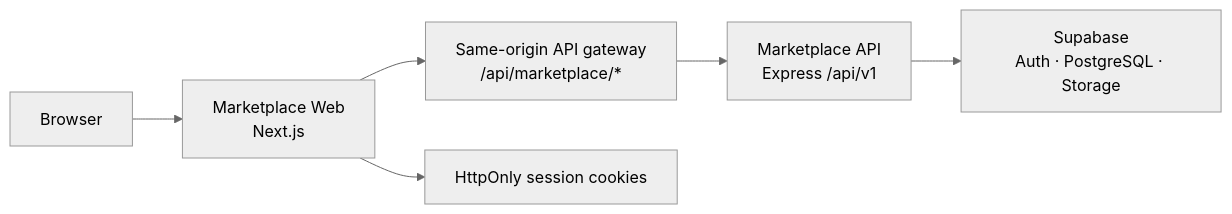
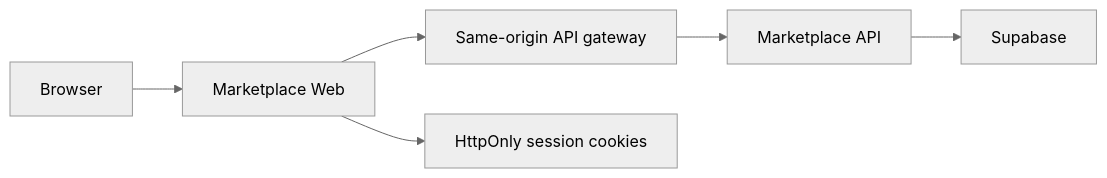
Before and after one commit to MakomaneTau/marketplace-docs: the diagram in docs/index.md, drawn with Mermaid (neutral theme). The commit also changed 5 other files, not shown here.

Commit message:
fix(docs): render responsive Mermaid diagrams

````diff
--- a/docs/index.md
+++ b/docs/index.md
@@ -28,8 +28,8 @@
 ```mermaid
 flowchart LR
-  B[Browser] --> W[Marketplace Web\nNext.js]
-  W --> G[Same-origin API gateway\n/api/marketplace/*]
-  G --> A[Marketplace API\nExpress /api/v1]
-  A --> S[Supabase\nAuth · PostgreSQL · Storage]
+  B[Browser] --> W[Marketplace Web]
+  W --> G[Same-origin API gateway]
+  G --> A[Marketplace API]
+  A --> S[Supabase]
   W --> C[HttpOnly session cookies]
 ```
````
